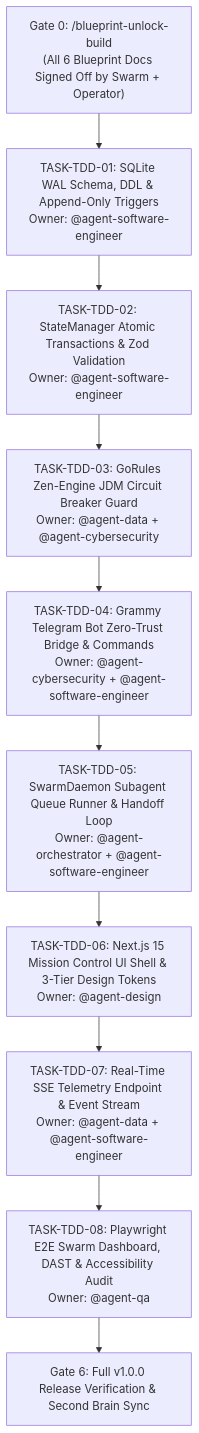
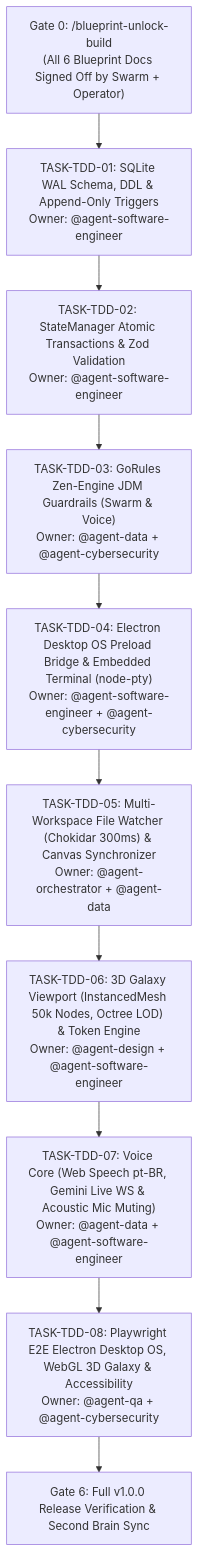
One commit to code-thiago/kalinar-agent-galaxy-os changed the diagram in .antigravity/blueprint/06_IMPLEMENTATION_PLAN.md. Above: the diagram before and after it, drawn with Mermaid. The commit also changed other lines of this file and 10 other files, not shown here.

Commit message:
fix(blueprint): align trd/app-flow with electron 3d galaxy os and unlock build gate [v0.0.1-blueprint]

````diff
--- a/.antigravity/blueprint/06_IMPLEMENTATION_PLAN.md
+++ b/.antigravity/blueprint/06_IMPLEMENTATION_PLAN.md
@@ -42,15 +42,15 @@
 ```mermaid
 flowchart TD
     G0["Gate 0: /blueprint-unlock-build<br/>(All 6 Blueprint Docs Signed Off by Swarm + Operator)"]
     T1["TASK-TDD-01: SQLite WAL Schema, DDL & Append-Only Triggers<br/>Owner: @agent-software-engineer"]
     T2["TASK-TDD-02: StateManager Atomic Transactions & Zod Validation<br/>Owner: @agent-software-engineer"]
-    T3["TASK-TDD-03: GoRules Zen-Engine JDM Circuit Breaker Guard<br/>Owner: @agent-data + @agent-cybersecurity"]
-    T4["TASK-TDD-04: Grammy Telegram Bot Zero-Trust Bridge & Commands<br/>Owner: @agent-cybersecurity + @agent-software-engineer"]
-    T5["TASK-TDD-05: SwarmDaemon Subagent Queue Runner & Handoff Loop<br/>Owner: @agent-orchestrator + @agent-software-engineer"]
-    T6["TASK-TDD-06: Next.js 15 Mission Control UI Shell & 3-Tier Design Tokens<br/>Owner: @agent-design"]
-    T7["TASK-TDD-07: Real-Time SSE Telemetry Endpoint & Event Stream<br/>Owner: @agent-data + @agent-software-engineer"]
-    T8["TASK-TDD-08: Playwright E2E Swarm Dashboard, DAST & Accessibility Audit<br/>Owner: @agent-qa"]
+    T3["TASK-TDD-03: GoRules Zen-Engine JDM Guardrails (Swarm & Voice)<br/>Owner: @agent-data + @agent-cybersecurity"]
+    T4["TASK-TDD-04: Electron Desktop OS Preload Bridge & Embedded Terminal (node-pty)<br/>Owner: @agent-software-engineer + @agent-cybersecurity"]
+    T5["TASK-TDD-05: Multi-Workspace File Watcher (Chokidar 300ms) & Canvas Synchronizer<br/>Owner: @agent-orchestrator + @agent-data"]
+    T6["TASK-TDD-06: 3D Galaxy Viewport (InstancedMesh 50k Nodes, Octree LOD) & Token Engine<br/>Owner: @agent-design + @agent-software-engineer"]
+    T7["TASK-TDD-07: Voice Core (Web Speech pt-BR, Gemini Live WS & Acoustic Mic Muting)<br/>Owner: @agent-data + @agent-software-engineer"]
+    T8["TASK-TDD-08: Playwright E2E Electron Desktop OS, WebGL 3D Galaxy & Accessibility<br/>Owner: @agent-qa + @agent-cybersecurity"]
     G6["Gate 6: Full v1.0.0 Release Verification & Second Brain Sync"]
 
     G0 --> T1 --> T2 --> T3 --> T4 --> T5 --> T6 --> T7 --> T8 --> G6
 ```
````
